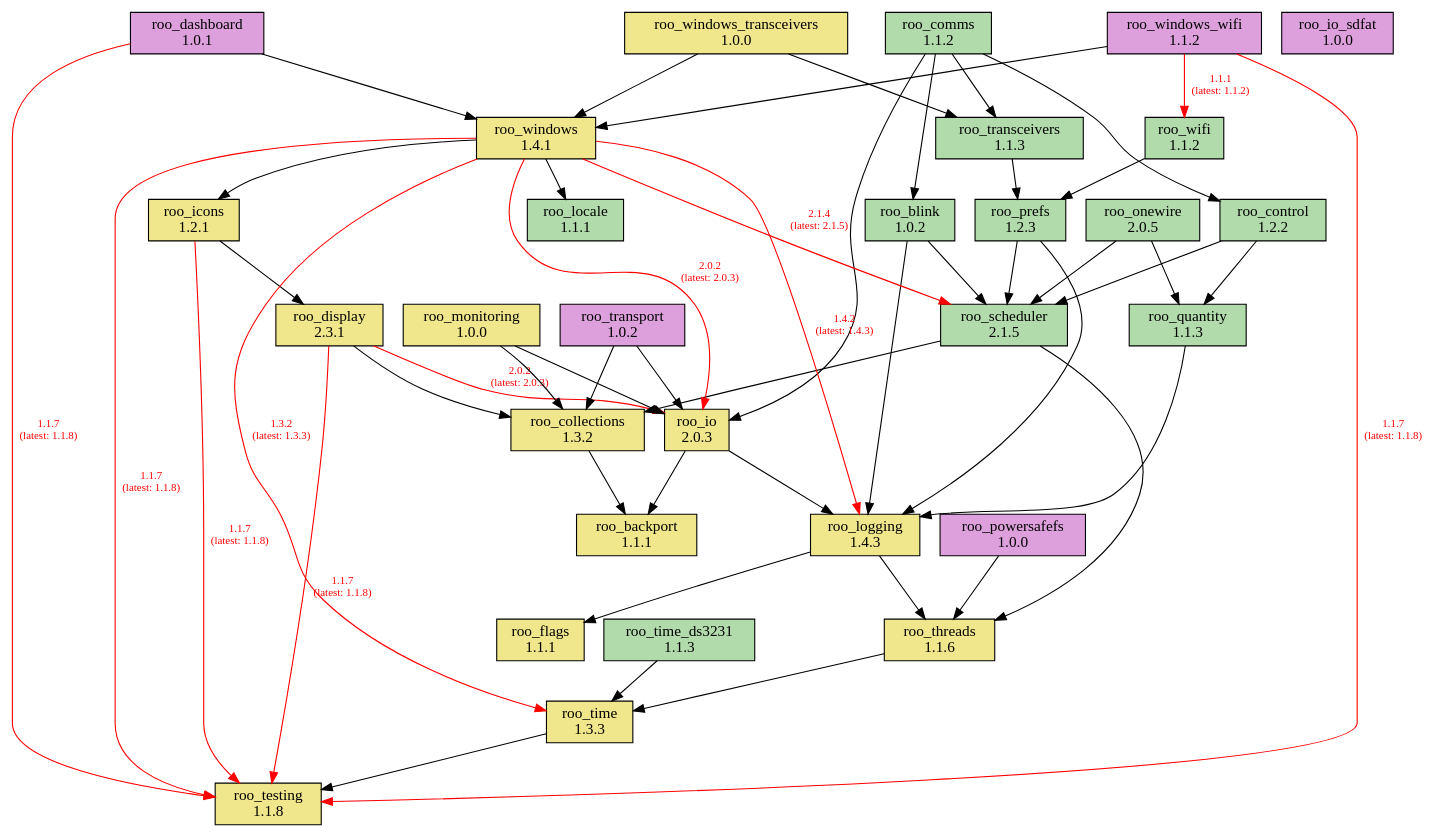
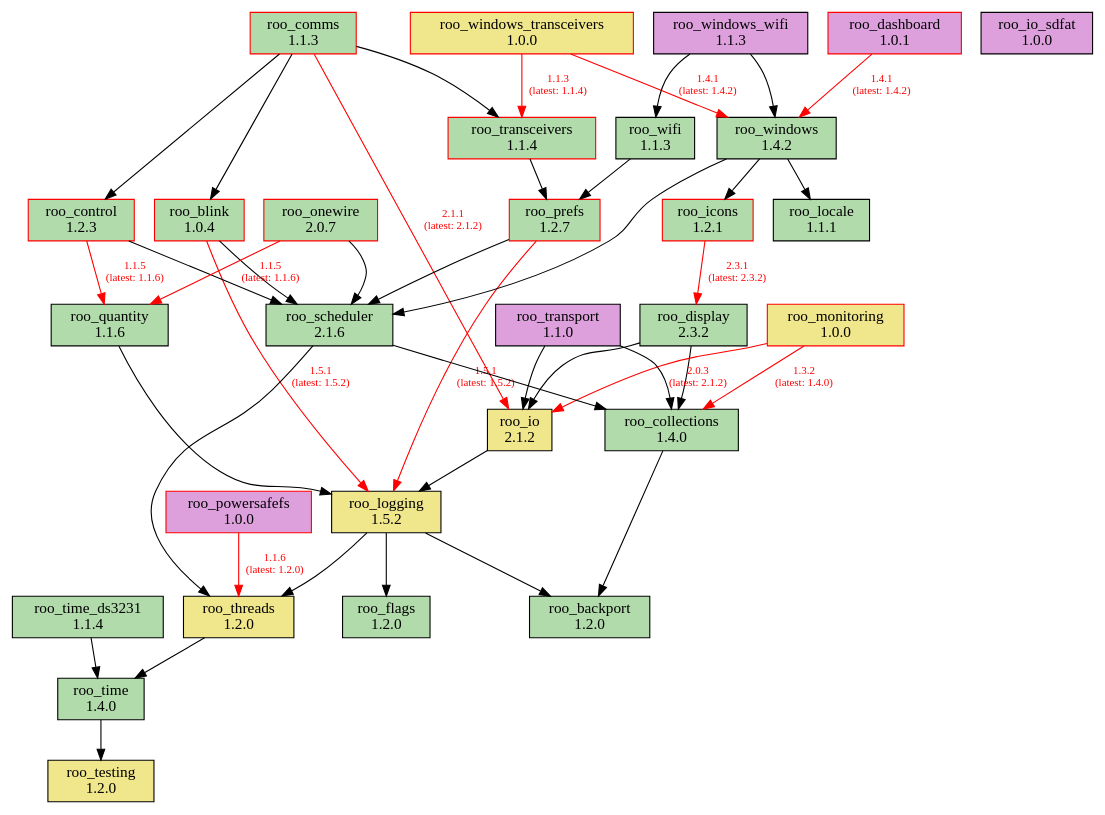
Before and after one commit to dejwk/roo-registry: the diagram in doc/dependencies.dot, drawn with Graphviz. The commit also changed 1 other file, not shown here.

Commit message:
Updated deps graph.

```diff
--- a/doc/dependencies.dot
+++ b/doc/dependencies.dot
@@ -1,87 +1,79 @@
 digraph dependencies {
     rankdir=TB;
     node [shape=box, style=filled];
     edge [fontsize=10];
 
     // Modules
-    "roo_backport" [label="roo_backport\n1.1.1", fillcolor="khaki"];
-    "roo_blink" [label="roo_blink\n1.0.2", fillcolor="#b1dbab"];
-    "roo_collections" [label="roo_collections\n1.3.2", fillcolor="khaki"];
-    "roo_comms" [label="roo_comms\n1.1.2", fillcolor="#b1dbab"];
-    "roo_control" [label="roo_control\n1.2.2", fillcolor="#b1dbab"];
-    "roo_dashboard" [label="roo_dashboard\n1.0.1", fillcolor="plum"];
-    "roo_display" [label="roo_display\n2.3.1", fillcolor="khaki"];
-    "roo_flags" [label="roo_flags\n1.1.1", fillcolor="khaki"];
-    "roo_icons" [label="roo_icons\n1.2.1", fillcolor="khaki"];
-    "roo_io" [label="roo_io\n2.0.3", fillcolor="khaki"];
-    "roo_io_sdfat" [label="roo_io_sdfat\n1.0.0", fillcolor="plum"];
-    "roo_locale" [label="roo_locale\n1.1.1", fillcolor="#b1dbab"];
-    "roo_logging" [label="roo_logging\n1.4.3", fillcolor="khaki"];
-    "roo_monitoring" [label="roo_monitoring\n1.0.0", fillcolor="khaki"];
-    "roo_onewire" [label="roo_onewire\n2.0.5", fillcolor="#b1dbab"];
-    "roo_powersafefs" [label="roo_powersafefs\n1.0.0", fillcolor="plum"];
-    "roo_prefs" [label="roo_prefs\n1.2.3", fillcolor="#b1dbab"];
-    "roo_quantity" [label="roo_quantity\n1.1.3", fillcolor="#b1dbab"];
-    "roo_scheduler" [label="roo_scheduler\n2.1.5", fillcolor="#b1dbab"];
-    "roo_testing" [label="roo_testing\n1.1.8", fillcolor="khaki"];
-    "roo_threads" [label="roo_threads\n1.1.6", fillcolor="khaki"];
-    "roo_time" [label="roo_time\n1.3.3", fillcolor="khaki"];
-    "roo_time_ds3231" [label="roo_time_ds3231\n1.1.3", fillcolor="#b1dbab"];
-    "roo_transceivers" [label="roo_transceivers\n1.1.3", fillcolor="#b1dbab"];
-    "roo_transport" [label="roo_transport\n1.0.2", fillcolor="plum"];
-    "roo_wifi" [label="roo_wifi\n1.1.2", fillcolor="#b1dbab"];
-    "roo_windows" [label="roo_windows\n1.4.1", fillcolor="khaki"];
-    "roo_windows_transceivers" [label="roo_windows_transceivers\n1.0.0", fillcolor="khaki"];
-    "roo_windows_wifi" [label="roo_windows_wifi\n1.1.2", fillcolor="plum"];
+    "roo_backport" [label="roo_backport\n1.2.0", fillcolor="#b1dbab", color="black"];
+    "roo_blink" [label="roo_blink\n1.0.4", fillcolor="#b1dbab", color="red"];
+    "roo_collections" [label="roo_collections\n1.4.0", fillcolor="#b1dbab", color="black"];
+    "roo_comms" [label="roo_comms\n1.1.3", fillcolor="#b1dbab", color="red"];
+    "roo_control" [label="roo_control\n1.2.3", fillcolor="#b1dbab", color="red"];
+    "roo_dashboard" [label="roo_dashboard\n1.0.1", fillcolor="plum", color="red"];
+    "roo_display" [label="roo_display\n2.3.2", fillcolor="#b1dbab", color="black"];
+    "roo_flags" [label="roo_flags\n1.2.0", fillcolor="#b1dbab", color="black"];
+    "roo_icons" [label="roo_icons\n1.2.1", fillcolor="#b1dbab", color="red"];
+    "roo_io" [label="roo_io\n2.1.2", fillcolor="khaki", color="black"];
+    "roo_io_sdfat" [label="roo_io_sdfat\n1.0.0", fillcolor="plum", color="black"];
+    "roo_locale" [label="roo_locale\n1.1.1", fillcolor="#b1dbab", color="black"];
+    "roo_logging" [label="roo_logging\n1.5.2", fillcolor="khaki", color="black"];
+    "roo_monitoring" [label="roo_monitoring\n1.0.0", fillcolor="khaki", color="red"];
+    "roo_onewire" [label="roo_onewire\n2.0.7", fillcolor="#b1dbab", color="red"];
+    "roo_powersafefs" [label="roo_powersafefs\n1.0.0", fillcolor="plum", color="red"];
+    "roo_prefs" [label="roo_prefs\n1.2.7", fillcolor="#b1dbab", color="red"];
+    "roo_quantity" [label="roo_quantity\n1.1.6", fillcolor="#b1dbab", color="black"];
+    "roo_scheduler" [label="roo_scheduler\n2.1.6", fillcolor="#b1dbab", color="black"];
+    "roo_testing" [label="roo_testing\n1.2.0", fillcolor="khaki", color="black"];
+    "roo_threads" [label="roo_threads\n1.2.0", fillcolor="khaki", color="black"];
+    "roo_time" [label="roo_time\n1.4.0", fillcolor="#b1dbab", color="black"];
+    "roo_time_ds3231" [label="roo_time_ds3231\n1.1.4", fillcolor="#b1dbab", color="black"];
+    "roo_transceivers" [label="roo_transceivers\n1.1.4", fillcolor="#b1dbab", color="red"];
+    "roo_transport" [label="roo_transport\n1.1.0", fillcolor="plum", color="black"];
+    "roo_wifi" [label="roo_wifi\n1.1.3", fillcolor="#b1dbab", color="black"];
+    "roo_windows" [label="roo_windows\n1.4.2", fillcolor="#b1dbab", color="black"];
+    "roo_windows_transceivers" [label="roo_windows_transceivers\n1.0.0", fillcolor="khaki", color="red"];
+    "roo_windows_wifi" [label="roo_windows_wifi\n1.1.3", fillcolor="plum", color="black"];
 
     // Dependencies
-    "roo_blink" -> "roo_logging";
+    "roo_blink" -> "roo_logging" [color=red, fontcolor=red, label="1.5.1\n(latest: 1.5.2)"];
     "roo_blink" -> "roo_scheduler";
     "roo_collections" -> "roo_backport";
     "roo_comms" -> "roo_blink";
     "roo_comms" -> "roo_control";
-    "roo_comms" -> "roo_io";
+    "roo_comms" -> "roo_io" [color=red, fontcolor=red, label="2.1.1\n(latest: 2.1.2)"];
     "roo_comms" -> "roo_transceivers";
-    "roo_control" -> "roo_quantity";
+    "roo_control" -> "roo_quantity" [color=red, fontcolor=red, label="1.1.5\n(latest: 1.1.6)"];
     "roo_control" -> "roo_scheduler";
-    "roo_dashboard" -> "roo_testing" [color=red, fontcolor=red, label="1.1.7\n(latest: 1.1.8)"];
-    "roo_dashboard" -> "roo_windows";
-    "roo_display" -> "roo_testing" [color=red, fontcolor=red, label="1.1.7\n(latest: 1.1.8)"];
+    "roo_dashboard" -> "roo_windows" [color=red, fontcolor=red, label="1.4.1\n(latest: 1.4.2)"];
     "roo_display" -> "roo_collections";
-    "roo_display" -> "roo_io" [color=red, fontcolor=red, label="2.0.2\n(latest: 2.0.3)"];
-    "roo_icons" -> "roo_testing" [color=red, fontcolor=red, label="1.1.7\n(latest: 1.1.8)"];
-    "roo_icons" -> "roo_display";
-    "roo_io" -> "roo_backport";
+    "roo_display" -> "roo_io";
+    "roo_icons" -> "roo_display" [color=red, fontcolor=red, label="2.3.1\n(latest: 2.3.2)"];
     "roo_io" -> "roo_logging";
+    "roo_logging" -> "roo_backport";
     "roo_logging" -> "roo_flags";
     "roo_logging" -> "roo_threads";
-    "roo_monitoring" -> "roo_collections";
-    "roo_monitoring" -> "roo_io";
+    "roo_monitoring" -> "roo_collections" [color=red, fontcolor=red, label="1.3.2\n(latest: 1.4.0)"];
+    "roo_monitoring" -> "roo_io" [color=red, fontcolor=red, label="2.0.3\n(latest: 2.1.2)"];
     "roo_onewire" -> "roo_scheduler";
-    "roo_onewire" -> "roo_quantity";
-    "roo_powersafefs" -> "roo_threads";
-    "roo_prefs" -> "roo_logging";
+    "roo_onewire" -> "roo_quantity" [color=red, fontcolor=red, label="1.1.5\n(latest: 1.1.6)"];
+    "roo_powersafefs" -> "roo_threads" [color=red, fontcolor=red, label="1.1.6\n(latest: 1.2.0)"];
+    "roo_prefs" -> "roo_logging" [color=red, fontcolor=red, label="1.5.1\n(latest: 1.5.2)"];
     "roo_prefs" -> "roo_scheduler";
     "roo_quantity" -> "roo_logging";
     "roo_scheduler" -> "roo_collections";
     "roo_scheduler" -> "roo_threads";
     "roo_threads" -> "roo_time";
     "roo_time" -> "roo_testing";
     "roo_time_ds3231" -> "roo_time";
     "roo_transceivers" -> "roo_prefs";
     "roo_transport" -> "roo_collections";
     "roo_transport" -> "roo_io";
     "roo_wifi" -> "roo_prefs";
-    "roo_windows" -> "roo_testing" [color=red, fontcolor=red, label="1.1.7\n(latest: 1.1.8)"];
     "roo_windows" -> "roo_locale";
-    "roo_windows" -> "roo_logging" [color=red, fontcolor=red, label="1.4.2\n(latest: 1.4.3)"];
     "roo_windows" -> "roo_icons";
-    "roo_windows" -> "roo_io" [color=red, fontcolor=red, label="2.0.2\n(latest: 2.0.3)"];
-    "roo_windows" -> "roo_scheduler" [color=red, fontcolor=red, label="2.1.4\n(latest: 2.1.5)"];
-    "roo_windows" -> "roo_time" [color=red, fontcolor=red, label="1.3.2\n(latest: 1.3.3)"];
-    "roo_windows_transceivers" -> "roo_transceivers";
-    "roo_windows_transceivers" -> "roo_windows";
-    "roo_windows_wifi" -> "roo_testing" [color=red, fontcolor=red, label="1.1.7\n(latest: 1.1.8)"];
-    "roo_windows_wifi" -> "roo_wifi" [color=red, fontcolor=red, label="1.1.1\n(latest: 1.1.2)"];
+    "roo_windows" -> "roo_scheduler";
+    "roo_windows_transceivers" -> "roo_transceivers" [color=red, fontcolor=red, label="1.1.3\n(latest: 1.1.4)"];
+    "roo_windows_transceivers" -> "roo_windows" [color=red, fontcolor=red, label="1.4.1\n(latest: 1.4.2)"];
+    "roo_windows_wifi" -> "roo_wifi";
     "roo_windows_wifi" -> "roo_windows";
 }
```
